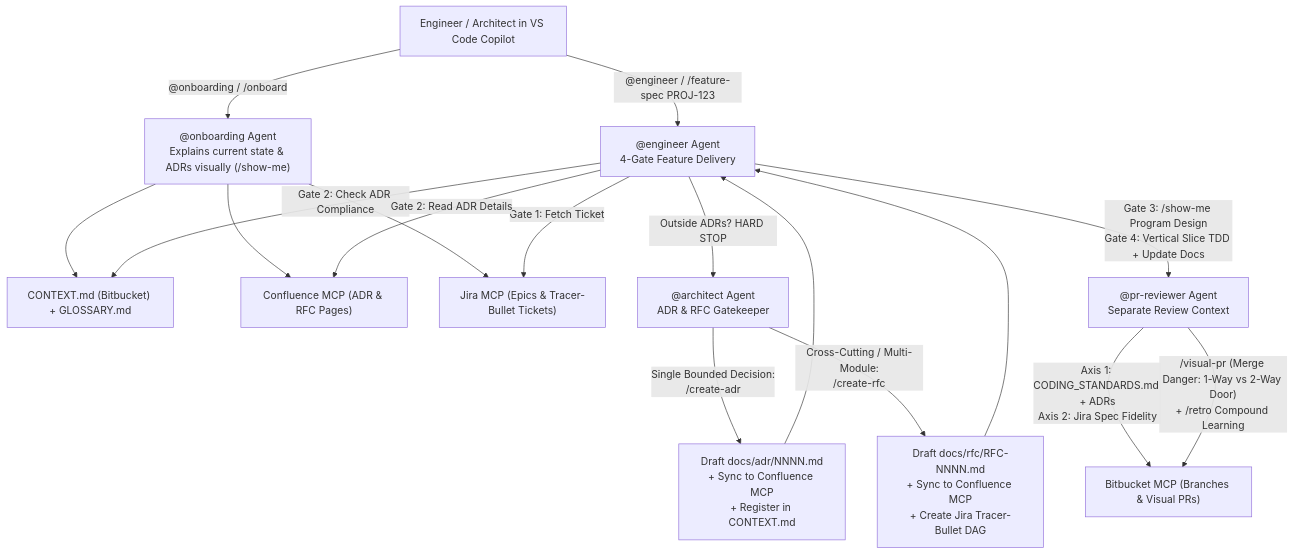
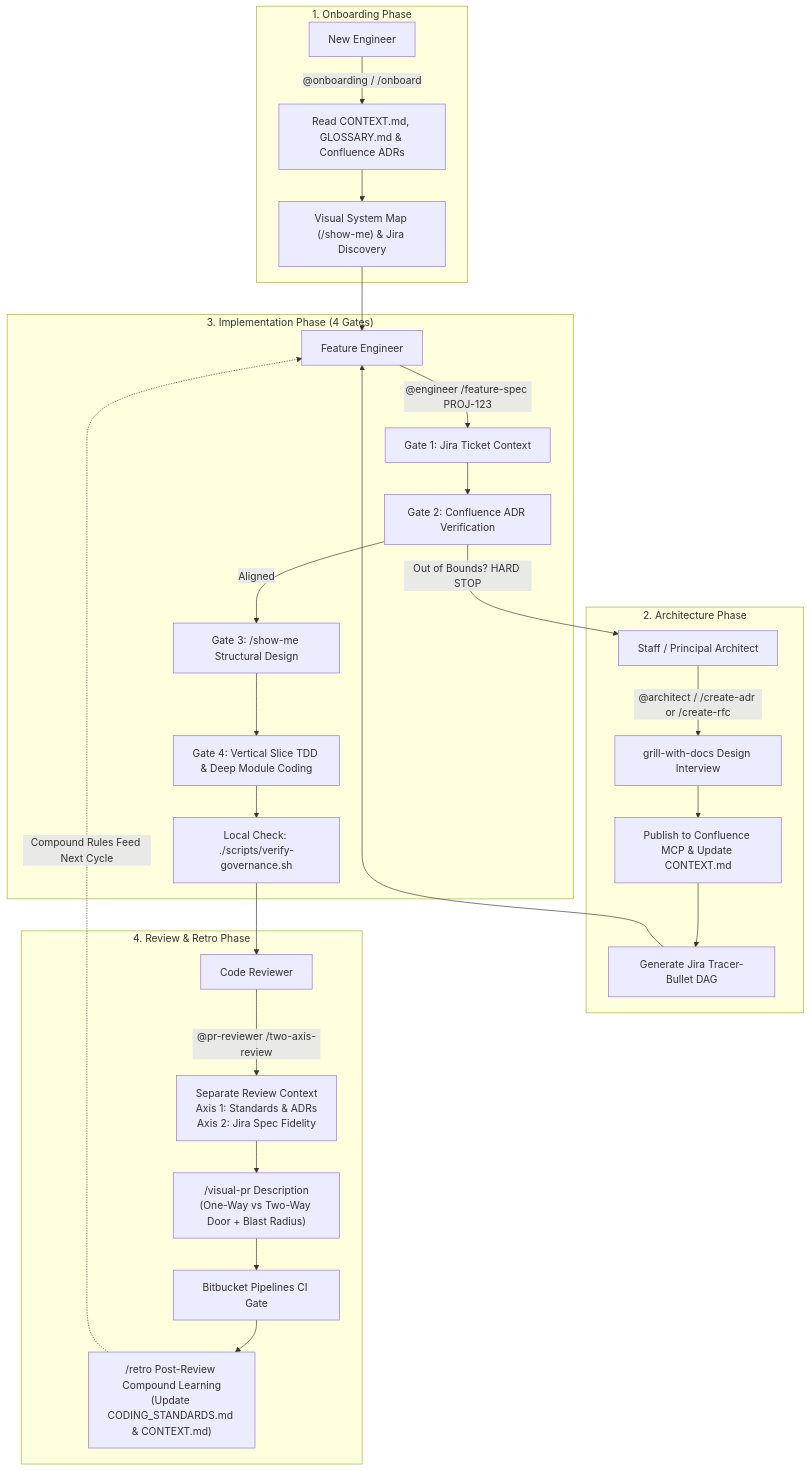
One commit to bpoti001/software-factory changed the fifth of 5 diagrams in README.md. Above: the diagram before and after it, drawn with Mermaid. The commit also changed other lines of this file, not shown here.

Commit message:
docs: overhaul README with user-centric flows, numbered step diagrams, and usage guides

````diff
--- a/README.md
+++ b/README.md
@@ -40,29 +224,34 @@
 ```mermaid
 flowchart TD
-    Dev["Engineer / Architect in VS Code Copilot"]
-    Context["CONTEXT.md (Bitbucket) + GLOSSARY.md"]
-    Confluence["Confluence MCP (ADR & RFC Pages)"]
-    Jira["Jira MCP (Epics & Tracer-Bullet Tickets)"]
-    Bitbucket["Bitbucket MCP (Branches & Visual PRs)"]
+    subgraph Onboarding["1. Onboarding Phase"]
+        O1["New Engineer"] -->|"@onboarding / /onboard"| O2["Read CONTEXT.md, GLOSSARY.md & Confluence ADRs"]
+        O2 --> O3["Visual System Map (/show-me) & Jira Discovery"]
+    end
 
-    Dev -->|"@onboarding / /onboard"| Onboard["@onboarding Agent\nExplains current state & ADRs visually (/show-me)"]
-    Onboard --> Context
-    Onboard --> Confluence
-    Onboard --> Jira
+    subgraph Architecture["2. Architecture Phase"]
+        A1["Staff / Principal Architect"] -->|"@architect / /create-adr or /create-rfc"| A2["grill-with-docs Design Interview"]
+        A2 --> A3["Publish to Confluence MCP & Update CONTEXT.md"]
+        A3 --> A4["Generate Jira Tracer-Bullet DAG"]
+    end
 
-    Dev -->|"@engineer / /feature-spec PROJ-123"| Eng["@engineer Agent\n4-Gate Feature Delivery"]
-    Eng -->|"Gate 1: Fetch Ticket"| Jira
-    Eng -->|"Gate 2: Check ADR Compliance"| Context
-    Eng -->|"Gate 2: Read ADR Details"| Confluence
+    subgraph Engineering["3. Implementation Phase (4 Gates)"]
+        E1["Feature Engineer"] -->|"@engineer /feature-spec PROJ-123"| E2["Gate 1: Jira Ticket Context"]
+        E2 --> E3["Gate 2: Confluence ADR Verification"]
+        E3 -->|"Out of Bounds? HARD STOP"| A1
+        E3 -->|"Aligned"| E4["Gate 3: /show-me Structural Design"]
+        E4 --> E5["Gate 4: Vertical Slice TDD & Deep Module Coding"]
+        E5 --> E6["Local Check: ./scripts/verify-governance.sh"]
+    end
 
-    Eng -->|"Outside ADRs? HARD STOP"| Arch["@architect Agent\nADR & RFC Gatekeeper"]
-    Arch -->|"Single Bounded Decision:\n/create-adr"| NewADR["Draft docs/adr/NNNN.md\n+ Sync to Confluence MCP\n+ Register in CONTEXT.md"]
-    Arch -->|"Cross-Cutting / Multi-Module:\n/create-rfc"| NewRFC["Draft docs/rfc/RFC-NNNN.md\n+ Sync to Confluence MCP\n+ Create Jira Tracer-Bullet DAG"]
+    subgraph Review["4. Review & Retro Phase"]
+        R1["Code Reviewer"] -->|"@pr-reviewer /two-axis-review"| R2["Separate Review Context\nAxis 1: Standards & ADRs\nAxis 2: Jira Spec Fidelity"]
+        R2 --> R3["/visual-pr Description\n(One-Way vs Two-Way Door + Blast Radius)"]
+        R3 --> R4["Bitbucket Pipelines CI Gate"]
+        R4 --> R5["/retro Post-Review Compound Learning\n(Update CODING_STANDARDS.md & CONTEXT.md)"]
+    end
 
-    NewADR --> Eng
-    NewRFC --> Eng
-
-    Eng -->|"Gate 3: /show-me Program Design\nGate 4: Vertical Slice TDD + Update Docs"| Rev["@pr-reviewer Agent\nSeparate Review Context"]
-    Rev -->|"Axis 1: CODING_STANDARDS.md + ADRs\nAxis 2: Jira Spec Fidelity"| Bitbucket
-    Rev -->|"/visual-pr (Merge Danger: 1-Way vs 2-Way Door)\n+ /retro Compound Learning"| Bitbucket
+    O3 --> E1
+    A4 --> E1
+    E6 --> R1
+    R5 -.->|"Compound Rules Feed Next Cycle"| E1
 ```
````
